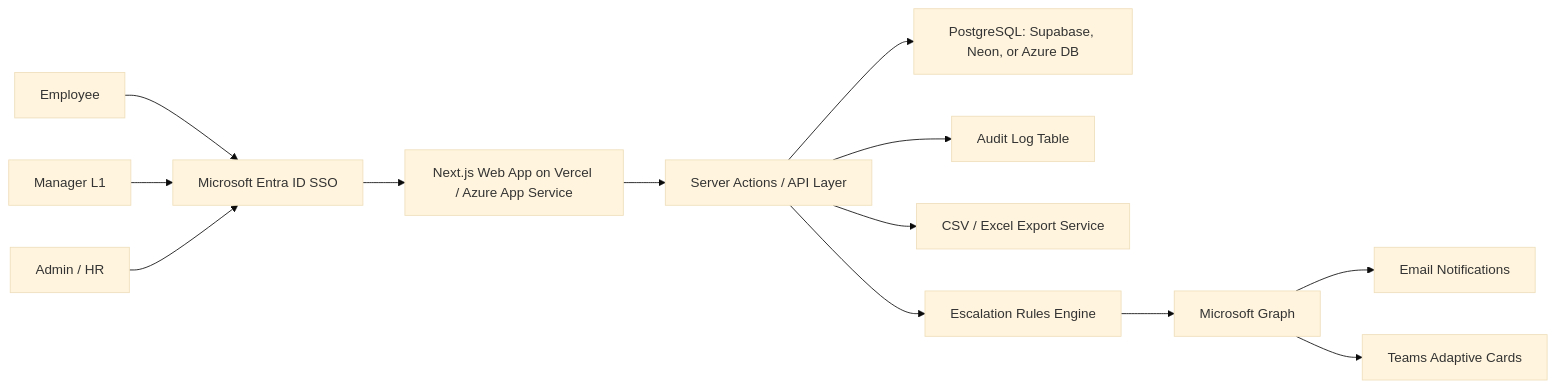
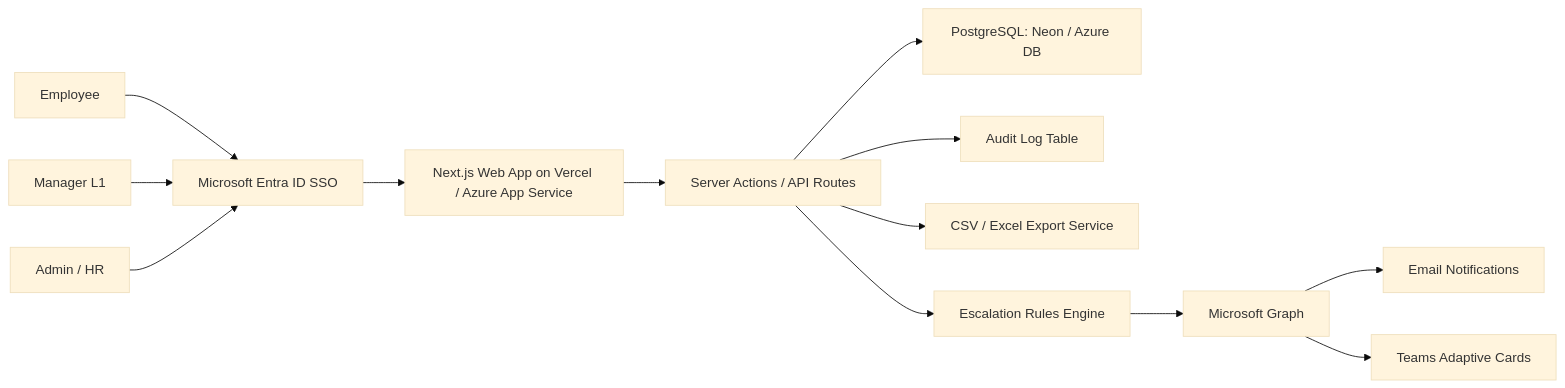
Before and after one commit to aditya-1408/atomquest-portal: the second of 2 diagrams in ARCHITECTURE.md, drawn with Mermaid (base theme). The commit also changed other lines of this file and 4 other files, not shown here.

````diff
--- a/ARCHITECTURE.md
+++ b/ARCHITECTURE.md
@@ -26,15 +35,15 @@
 ```mermaid
 flowchart LR
     E["Employee"] --> Entra["Microsoft Entra ID SSO"]
     M["Manager L1"] --> Entra
     A["Admin / HR"] --> Entra
     Entra --> App["Next.js Web App on Vercel / Azure App Service"]
-    App --> API["Server Actions / API Layer"]
-    API --> DB["PostgreSQL: Supabase, Neon, or Azure DB"]
+    App --> API["Server Actions / API Routes"]
+    API --> DB["PostgreSQL: Neon / Azure DB"]
     API --> Audit["Audit Log Table"]
     API --> Reports["CSV / Excel Export Service"]
     API --> Rules["Escalation Rules Engine"]
     Rules --> Graph["Microsoft Graph"]
     Graph --> Email["Email Notifications"]
     Graph --> Teams["Teams Adaptive Cards"]
 ```
````
